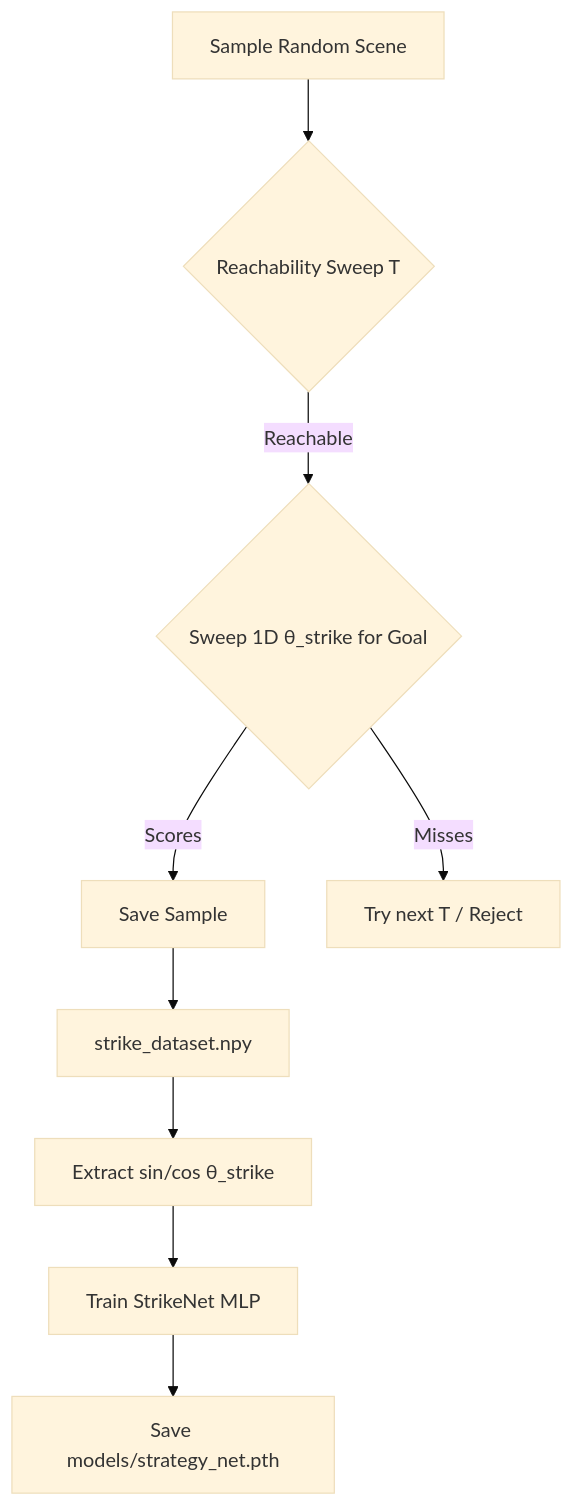
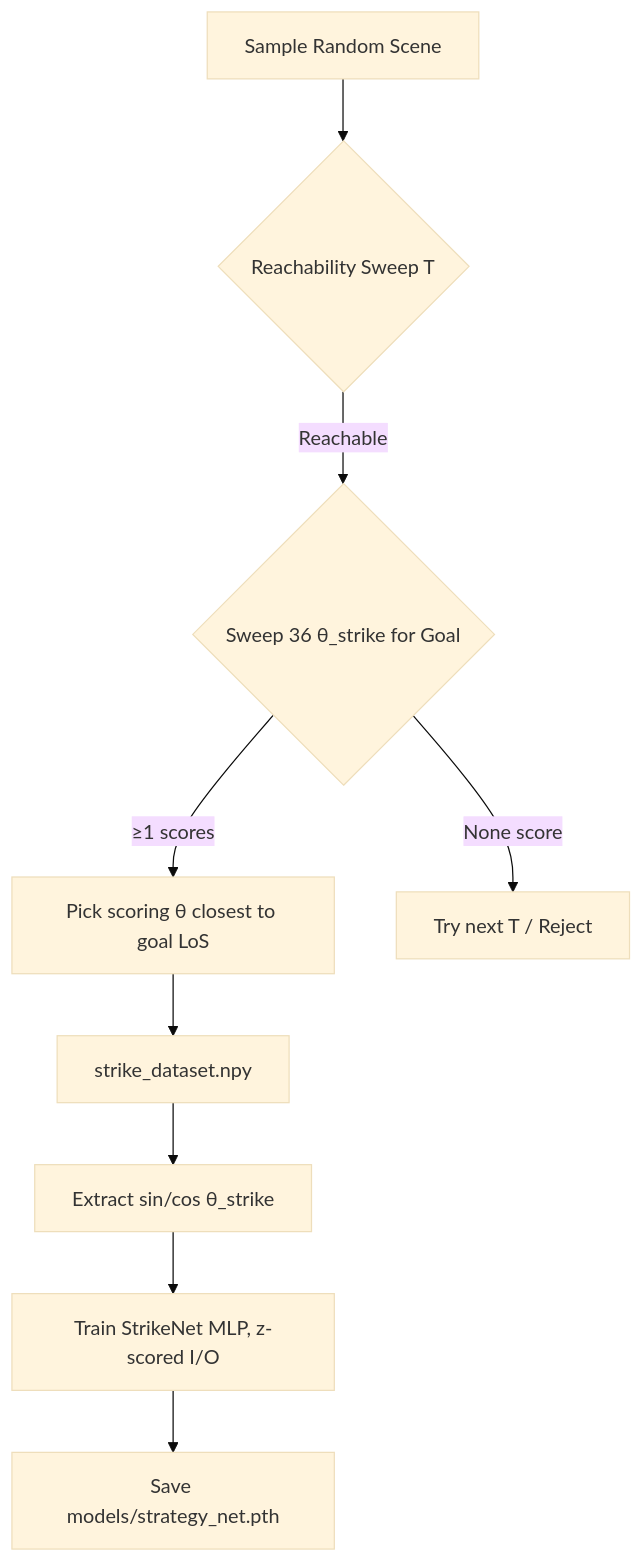
One commit to Nikunj-Agarwal/project_rocket_soccer changed the first of 2 diagrams in docs/PIPELINE_LOGIC.md. Above: the diagram before and after it, drawn with Mermaid (base theme). The commit also changed other lines of this file and 38 other files, not shown here.

First line of the commit message:
Fix StrikeNet integration and add scalability logging for amortization claims

````diff
--- a/docs/PIPELINE_LOGIC.md
+++ b/docs/PIPELINE_LOGIC.md
@@ -5,11 +5,11 @@
 ```mermaid
 flowchart TD
   A[Sample Random Scene] --> B{Reachability Sweep T}
-  B -- Reachable --> C{Sweep 1D θ_strike for Goal}
-  C -- Scores --> D[Save Sample]
-  C -- Misses --> E[Try next T / Reject]
+  B -- Reachable --> C{Sweep 36 θ_strike for Goal}
+  C -- "≥1 scores" --> D["Pick scoring θ closest to goal LoS"]
+  C -- None score --> E[Try next T / Reject]
   D --> F[strike_dataset.npy]
   F --> G[Extract sin/cos θ_strike]
-  G --> H[Train StrikeNet MLP]
+  G --> H[Train StrikeNet MLP, z-scored I/O]
   H --> I[Save models/strategy_net.pth]
 ```
````
